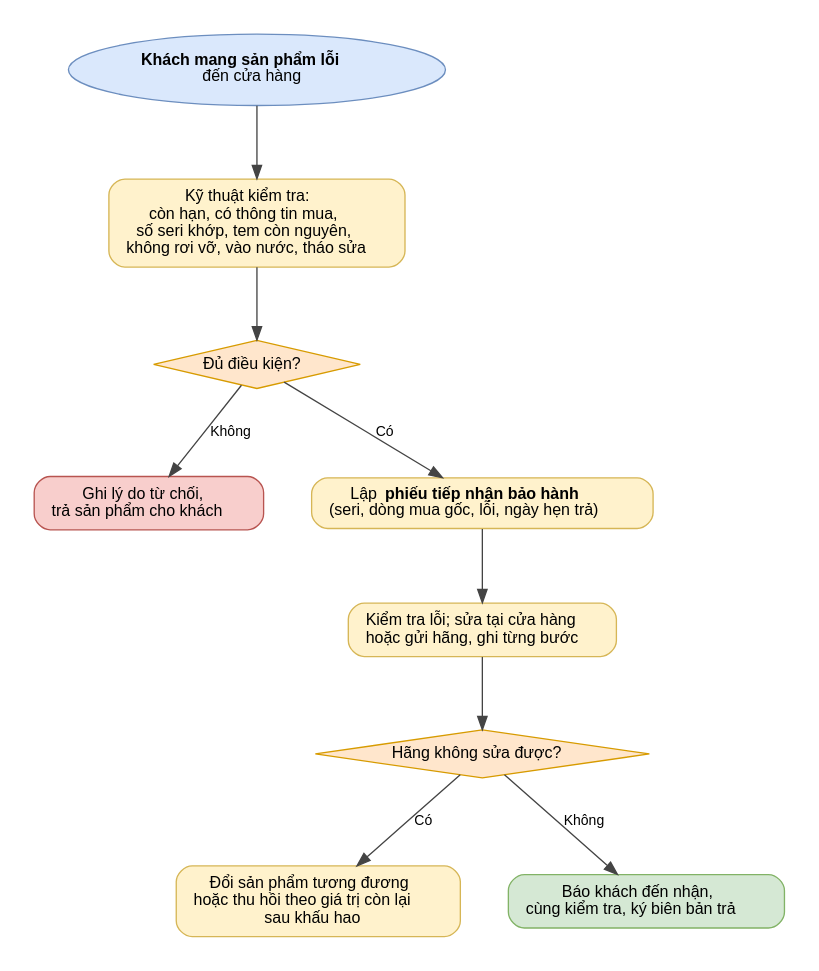
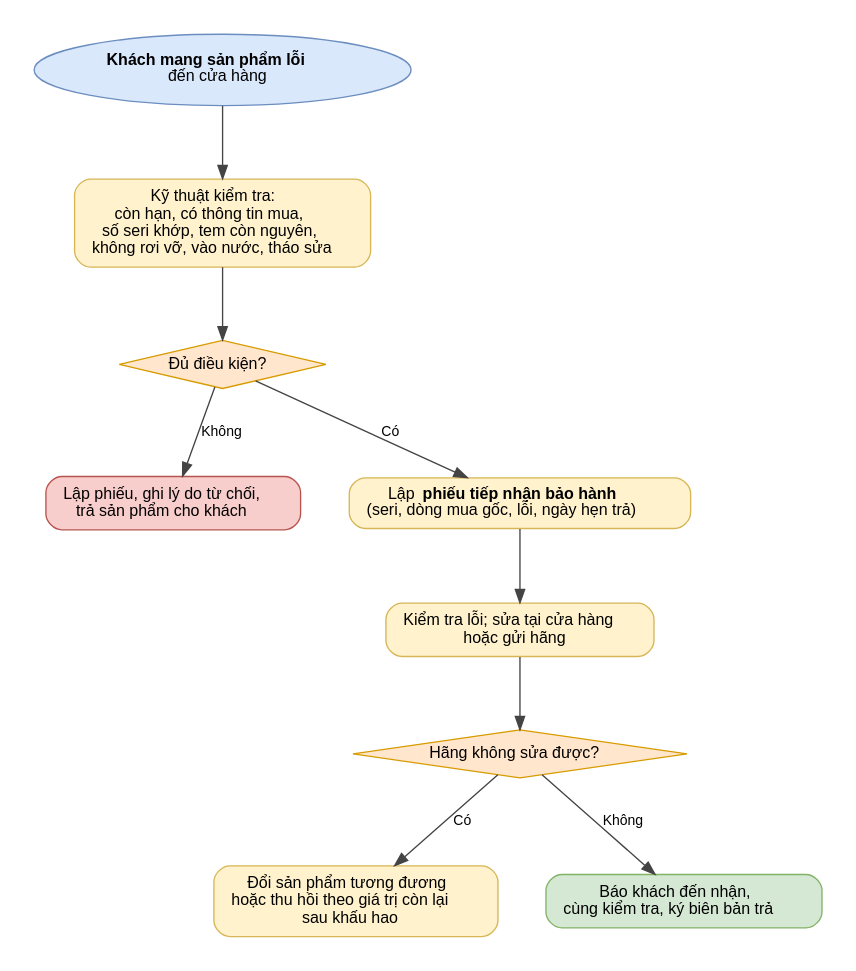
The diagram in bao-cao-moi/hinh/luudo_bao_hanh.dot (twotnguyen/CSDL-NC-PowerTech), drawn with Graphviz before and after one commit. The commit also changed 54 other files, not shown here.

```diff
--- a/bao-cao-moi/hinh/luudo_bao_hanh.dot
+++ b/bao-cao-moi/hinh/luudo_bao_hanh.dot
@@ -1,21 +1,21 @@
 digraph G {
   rankdir=TB; splines=polyline; nodesep=0.5; ranksep=0.75; pad=0.25;
   node [fontname="Helvetica", fontsize=12, margin="0.18,0.1"]; edge [fontname="Helvetica", fontsize=10.5, color="#444444"];
   s [label=<<B>Khách mang sản phẩm lỗi</B><BR/>đến cửa hàng>, shape=ellipse, style=filled, fillcolor="#DAE8FC", color="#6C8EBF"];
   k [label=<Kỹ thuật kiểm tra:<BR/>còn hạn, có thông tin mua,<BR/>số seri khớp, tem còn nguyên,<BR/>không rơi vỡ, vào nước, tháo sửa>, shape=box, style="rounded,filled", fillcolor="#FFF2CC", color="#D6B656"];
   q [label=<Đủ điều kiện?>, shape=diamond, style=filled, fillcolor="#FFE6CC", color="#D79B00", margin="0.05,0.05"];
-  t [label=<Ghi lý do từ chối,<BR/>trả sản phẩm cho khách>, shape=box, style="rounded,filled", fillcolor="#F8CECC", color="#B85450"];
+  t [label=<Lập phiếu, ghi lý do từ chối,<BR/>trả sản phẩm cho khách>, shape=box, style="rounded,filled", fillcolor="#F8CECC", color="#B85450"];
   p [label=<Lập <B>phiếu tiếp nhận bảo hành</B><BR/>(seri, dòng mua gốc, lỗi, ngày hẹn trả)>, shape=box, style="rounded,filled", fillcolor="#FFF2CC", color="#D6B656"];
-  g [label=<Kiểm tra lỗi; sửa tại cửa hàng<BR/>hoặc gửi hãng, ghi từng bước>, shape=box, style="rounded,filled", fillcolor="#FFF2CC", color="#D6B656"];
+  g [label=<Kiểm tra lỗi; sửa tại cửa hàng<BR/>hoặc gửi hãng>, shape=box, style="rounded,filled", fillcolor="#FFF2CC", color="#D6B656"];
   r [label=<Hãng không sửa được?>, shape=diamond, style=filled, fillcolor="#FFE6CC", color="#D79B00", margin="0.05,0.05"];
   d [label=<Đổi sản phẩm tương đương<BR/>hoặc thu hồi theo giá trị còn lại<BR/>sau khấu hao>, shape=box, style="rounded,filled", fillcolor="#FFF2CC", color="#D6B656"];
   v [label=<Báo khách đến nhận,<BR/>cùng kiểm tra, ký biên bản trả>, shape=box, style="rounded,filled", fillcolor="#D5E8D4", color="#82B366"];
   s -> k [];
   k -> q [];
   q -> t [label=<Không>,];
   q -> p [label=<Có>,];
   p -> g [];
   g -> r [];
   r -> d [label=<Có>,];
   r -> v [label=<Không>,];
 }
```
